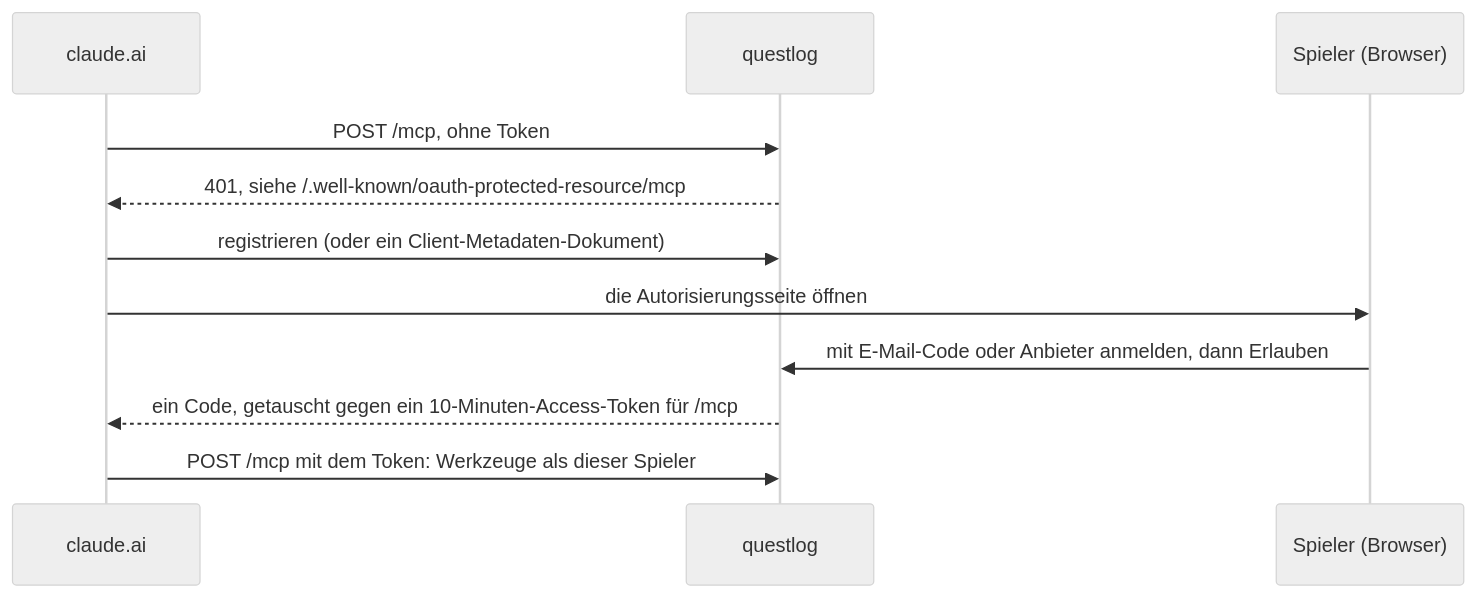
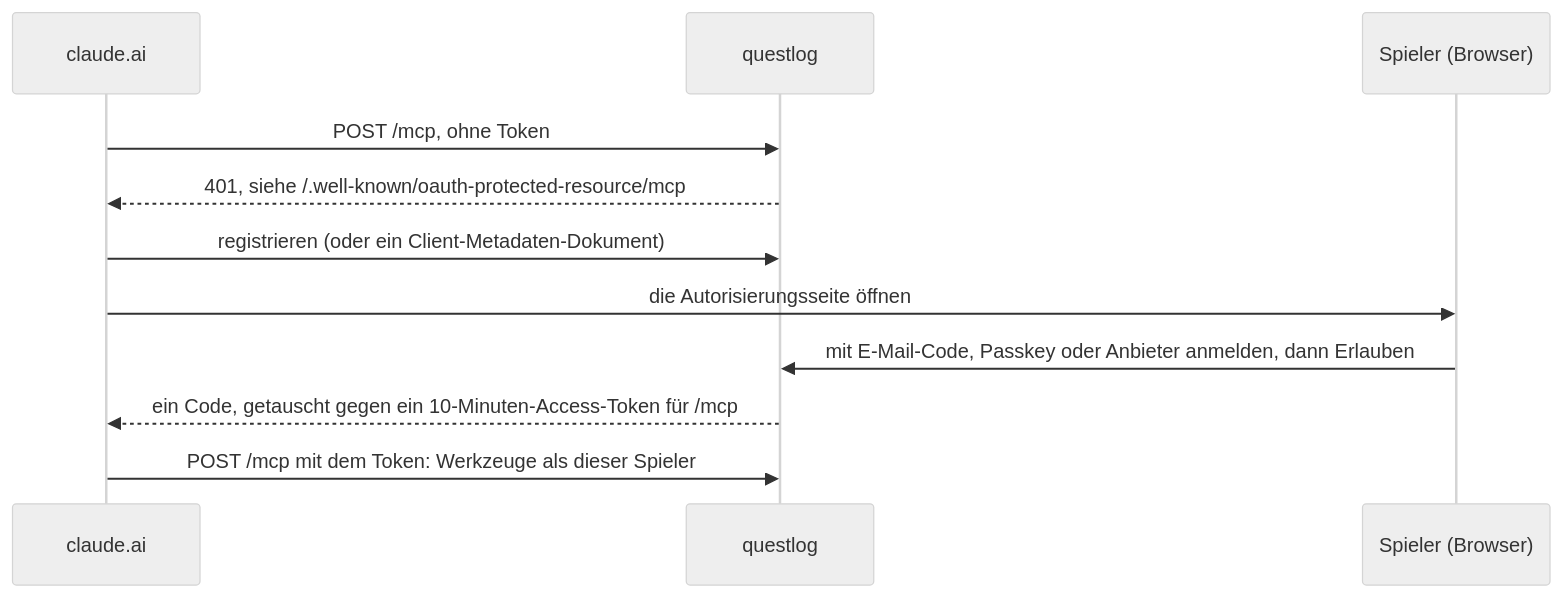
Before and after one commit to Marceltov/questlog: the diagram in docs/self-hosting/connect-claude.de.md, drawn with Mermaid (neutral theme). The commit also changed 23 other files, not shown here.

````diff
--- a/docs/self-hosting/connect-claude.de.md
+++ b/docs/self-hosting/connect-claude.de.md
@@ -5,13 +5,13 @@
 ```mermaid
 sequenceDiagram
   participant C as claude.ai
   participant Q as questlog
   participant P as Spieler (Browser)
   C->>Q: POST /mcp, ohne Token
   Q-->>C: 401, siehe /.well-known/oauth-protected-resource/mcp
   C->>Q: registrieren (oder ein Client-Metadaten-Dokument)
   C->>P: die Autorisierungsseite öffnen
-  P->>Q: mit E-Mail-Code oder Anbieter anmelden, dann Erlauben
+  P->>Q: mit E-Mail-Code, Passkey oder Anbieter anmelden, dann Erlauben
   Q-->>C: ein Code, getauscht gegen ein 10-Minuten-Access-Token für /mcp
   C->>Q: POST /mcp mit dem Token: Werkzeuge als dieser Spieler
 ```
````
